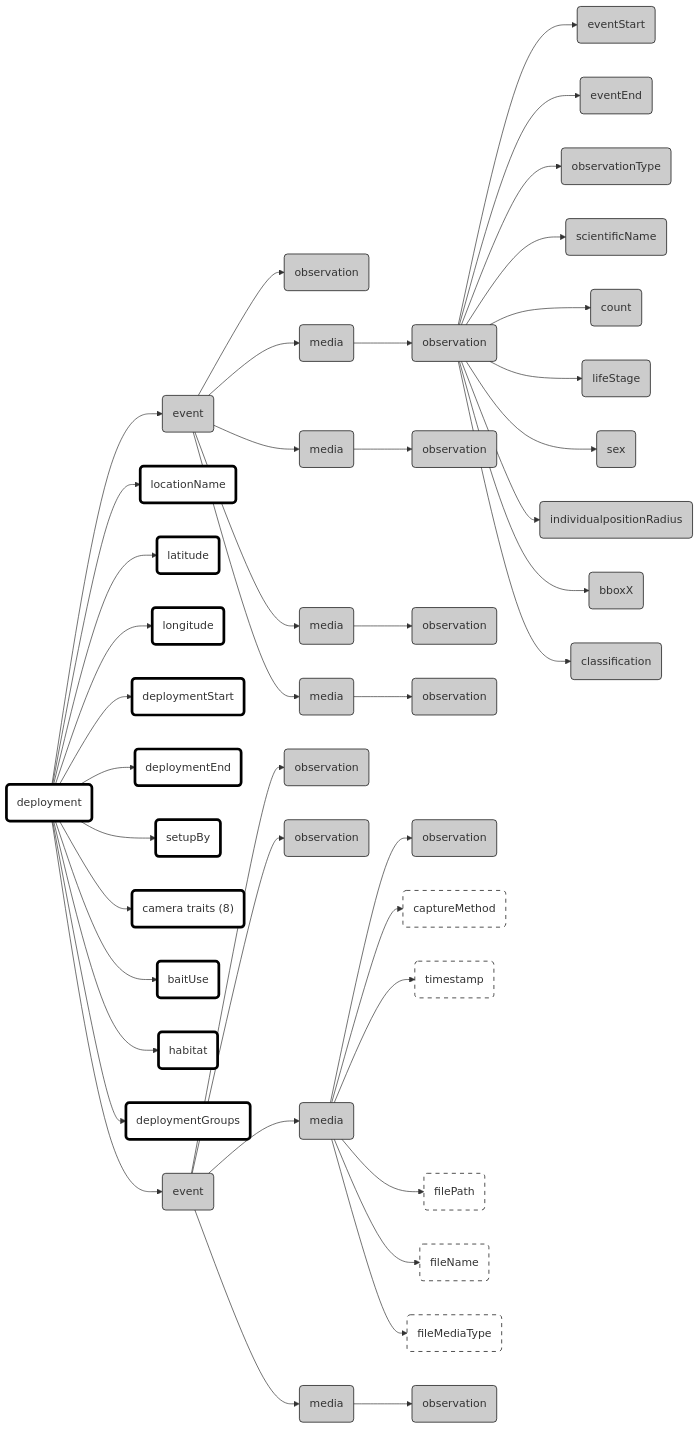
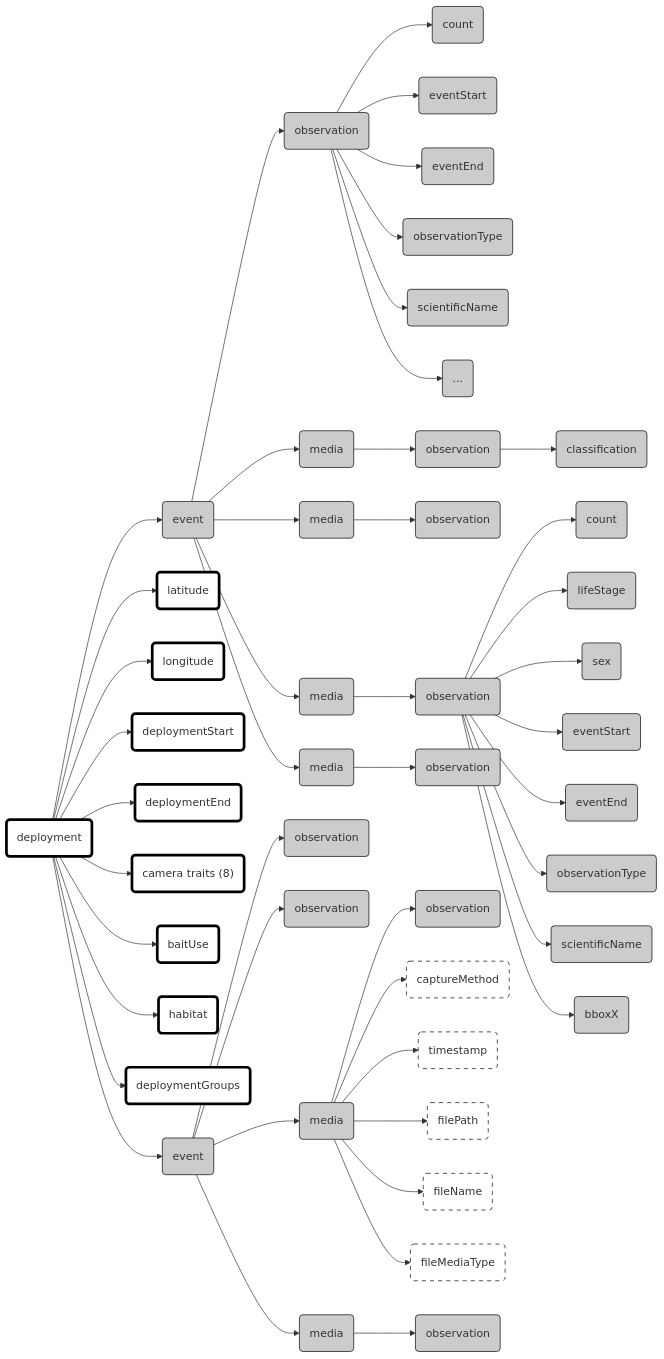
Before and after one commit to inbo/dwc-event-workshop: the diagram in data/camtrap_dp/README.md, drawn with Mermaid.

```diff
--- a/data/camtrap_dp/README.md
+++ b/data/camtrap_dp/README.md
@@ -22,12 +22,10 @@
     media5("media"):::observation
     media6("media"):::observation
 
-    locationName("locationName"):::deployment
     latitude("latitude"):::deployment
     longitude("longitude"):::deployment
     deploymentStart("deploymentStart"):::deployment
     deploymentEnd("deploymentEnd"):::deployment
-    setupBy("setupBy"):::deployment
     cameratraits("camera traits (8)"):::deployment
     baitUse("baitUse"):::deployment
     habitat("habitat"):::deployment
@@ -40,9 +38,15 @@
     count("count"):::observation
     lifeStage("lifeStage"):::observation
     sex("sex"):::observation
-    individualpositionRadius("individualpositionRadius"):::observation
     bboxX("bboxX"):::observation
     classification("classification"):::observation
+
+    eventStart2("eventStart"):::observation
+    eventEnd2("eventEnd"):::observation
+    observationType2("observationType"):::observation
+    scientificName2("scientificName"):::observation
+    count2("count"):::observation
+    etc("..."):::observation
 
     captureMethod("captureMethod"):::media
     timestamp("timestamp"):::media
@@ -55,13 +59,10 @@
     classDef media       fill:#fff,stroke-width:1px,stroke:#000, stroke-dasharray:6;
 
 deployment --> event1
-
-deployment --> locationName
 deployment --> latitude
 deployment --> longitude
 deployment --> deploymentStart
 deployment --> deploymentEnd
-deployment --> setupBy
 deployment --> cameratraits
 deployment --> baitUse
 deployment --> habitat
@@ -69,12 +70,28 @@
 
 
     event1 --> obs1
+        obs1 --> count2
+        obs1--> eventStart2
+        obs1 --> eventEnd2
+        obs1 --> observationType2
+        obs1 --> scientificName2
+        obs1 --> etc
+
     event1 --> media1
         media1 --> obs2
+             obs2 --> classification
     event1 --> media2
         media2 --> obs3
     event1 --> media3
         media3 --> obs4
+            obs4 --> count
+            obs4 --> lifeStage
+            obs4 --> sex
+            obs4 --> eventStart
+            obs4 --> eventEnd
+            obs4 --> observationType
+            obs4 --> scientificName
+            obs4 --> bboxX
     event1 --> media4
         media4 --> obs5
 
@@ -82,17 +99,7 @@
 deployment --> event2
     event2 --> obs6
     event2 --> obs7
-        obs2 --> eventStart
-        obs2 --> eventEnd
-        obs2 --> observationType
-        obs2 --> scientificName
-        obs2 --> count
-        obs2 --> lifeStage
-        obs2 --> sex
-        obs2 --> individualpositionRadius
-        obs2 --> bboxX
-        obs2 --> classification
-    
+   
     event2 --> media5
         media5 --> obs8
         media5 --> captureMethod
```
